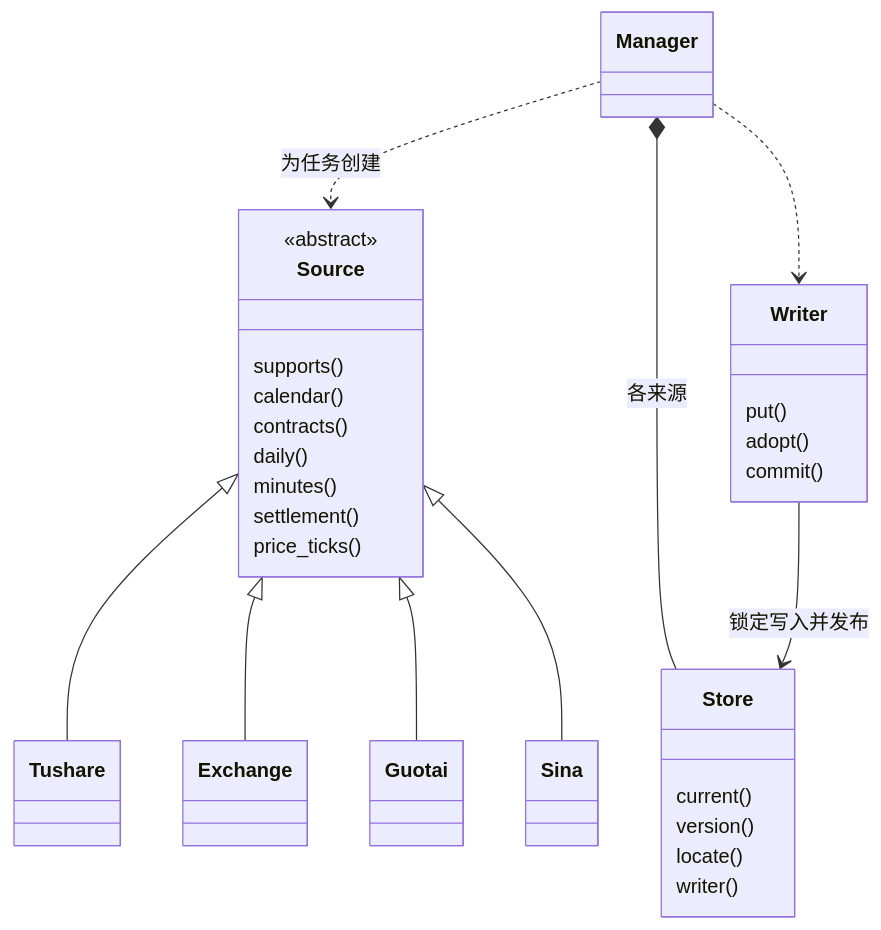
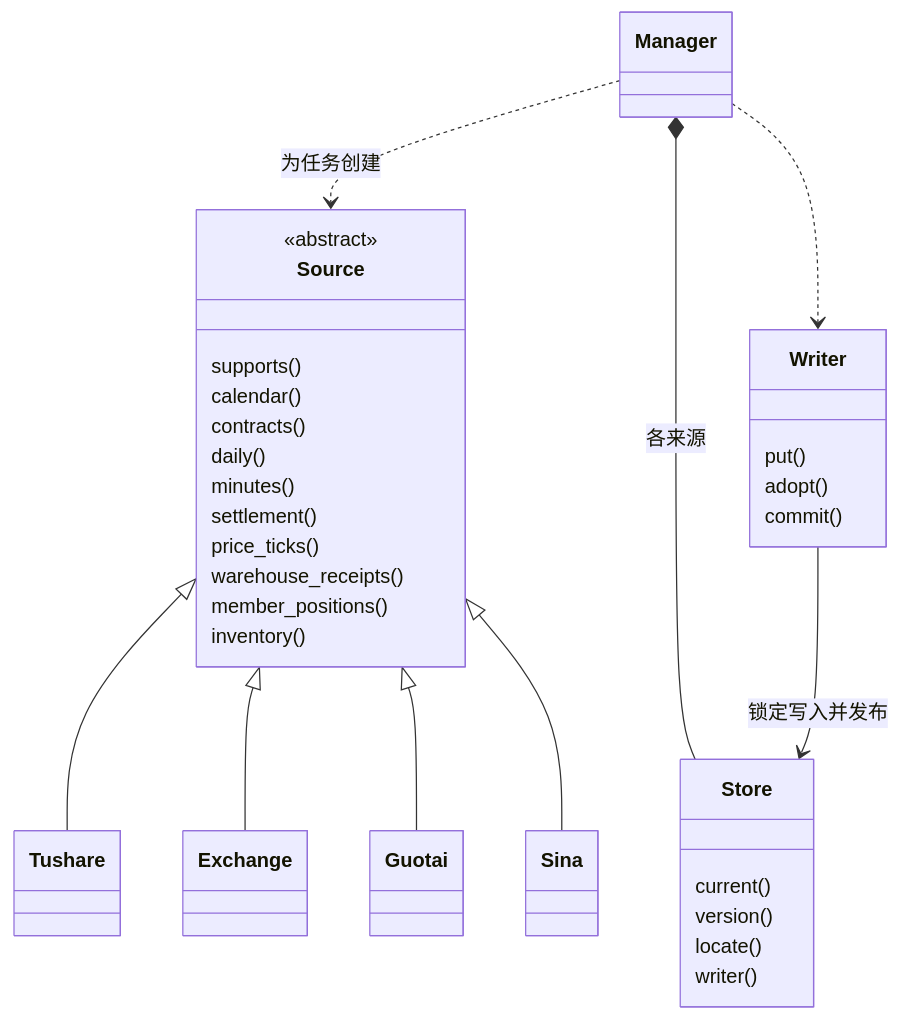
One commit to isqiwen/asterion-terminal changed the second of 3 diagrams in docs/warehouse/architecture.md. Above: the diagram before and after it, drawn with Mermaid. The commit also changed 40 other files, not shown here.

````diff
--- a/docs/warehouse/architecture.md
+++ b/docs/warehouse/architecture.md
@@ -41,37 +41,40 @@
 ```mermaid
 classDiagram
     class Manager
     class Source {
         <<abstract>>
         supports()
         calendar()
         contracts()
         daily()
         minutes()
         settlement()
         price_ticks()
+        warehouse_receipts()
+        member_positions()
+        inventory()
     }
     class Tushare
     class Exchange
     class Guotai
     class Sina
     class Store {
         current()
         version()
         locate()
         writer()
     }
     class Writer {
         put()
         adopt()
         commit()
     }
     Source <|-- Tushare
     Source <|-- Exchange
     Source <|-- Guotai
     Source <|-- Sina
     Manager ..> Source : 为任务创建
     Manager *-- Store : 各来源
     Manager ..> Writer
     Writer --> Store : 锁定写入并发布
 ```
````
